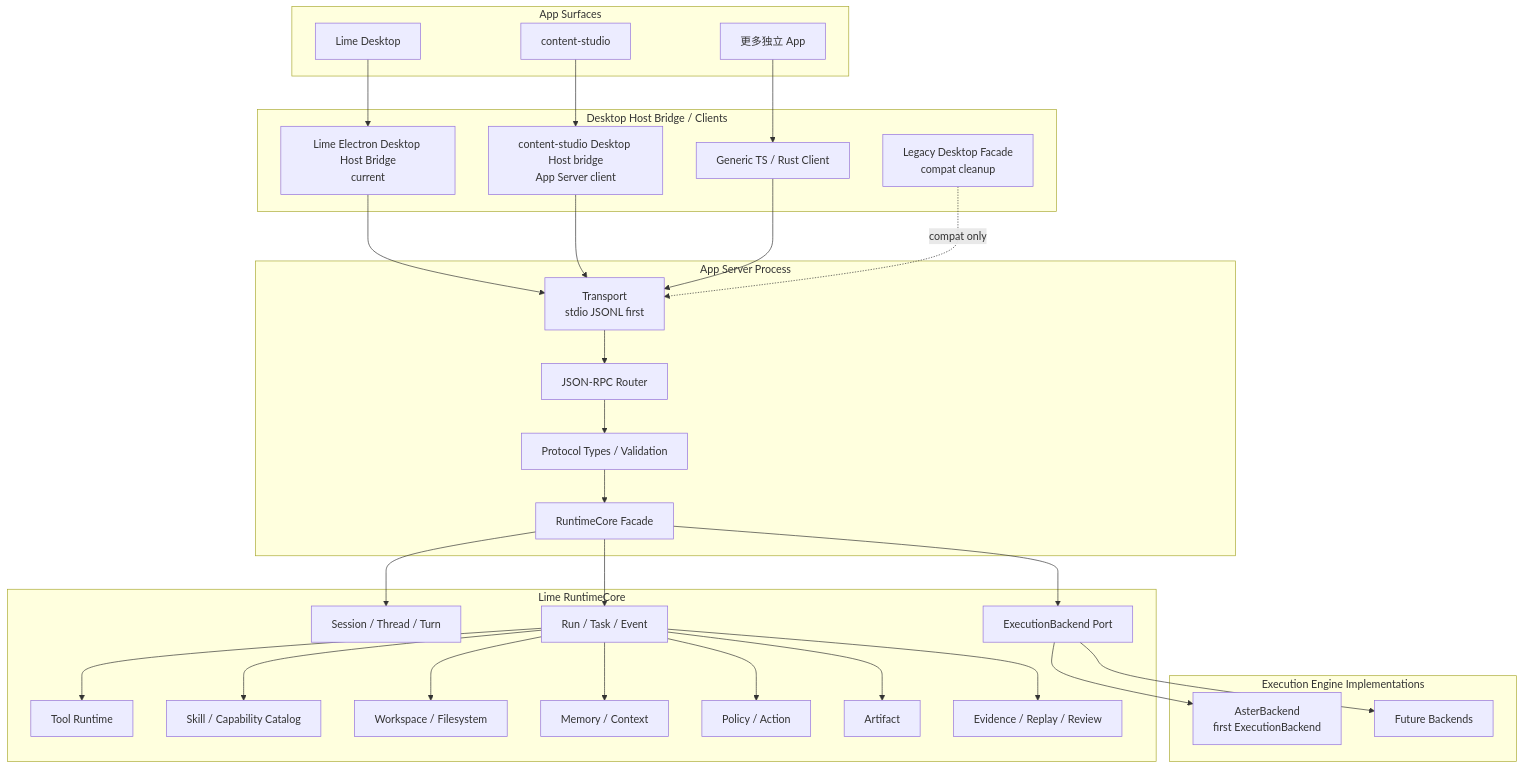
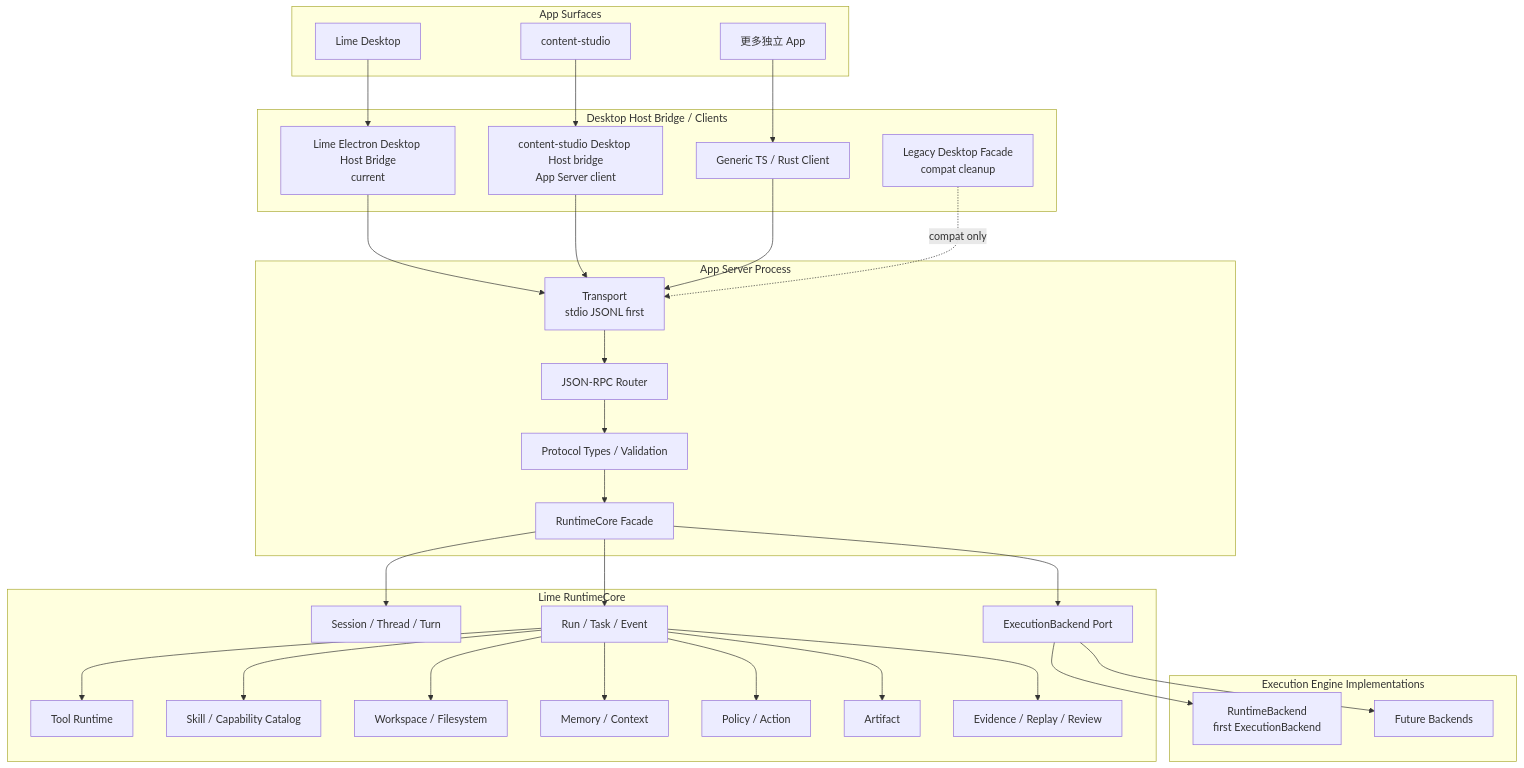
Before and after one commit to jiujuan/lime: the first of 2 diagrams in internal/roadmap/appserver/architecture.md, drawn with Mermaid. The commit also changed other lines of this file and 975 other files, not shown here.

````diff
--- a/internal/roadmap/appserver/architecture.md
+++ b/internal/roadmap/appserver/architecture.md
@@ -20,61 +20,61 @@
 ```mermaid
 flowchart TB
     subgraph Apps["App Surfaces"]
         Desktop["Lime Desktop"]
         ContentStudio["content-studio"]
         OtherApps["更多独立 App"]
     end
 
     subgraph HostBridge["Desktop Host Bridge / Clients"]
         LimeElectronBridge["Lime Electron Desktop Host Bridge<br/>current"]
         ContentStudioBridge["content-studio Desktop Host bridge<br/>App Server client"]
         LegacyFacade["Legacy Desktop Facade<br/>compat cleanup"]
         GenericClient["Generic TS / Rust Client"]
     end
 
     subgraph Server["App Server Process"]
         Transport["Transport<br/>stdio JSONL first"]
         Router["JSON-RPC Router"]
         Protocol["Protocol Types / Validation"]
         ServiceFacade["RuntimeCore Facade"]
     end
 
     subgraph Runtime["Lime RuntimeCore"]
         Session["Session / Thread / Turn"]
         Run["Run / Task / Event"]
         BackendPort["ExecutionBackend Port"]
         Tool["Tool Runtime"]
         Skill["Skill / Capability Catalog"]
         Workspace["Workspace / Filesystem"]
         Memory["Memory / Context"]
         Policy["Policy / Action"]
         Artifact["Artifact"]
         Evidence["Evidence / Replay / Review"]
     end
 
     subgraph Backends["Execution Engine Implementations"]
-        Aster["AsterBackend<br/>first ExecutionBackend"]
+        Agent["RuntimeBackend<br/>first ExecutionBackend"]
         Future["Future Backends"]
     end
 
     Desktop --> LimeElectronBridge
     ContentStudio --> ContentStudioBridge
     OtherApps --> GenericClient
     LimeElectronBridge --> Transport
     ContentStudioBridge --> Transport
     GenericClient --> Transport
     LegacyFacade -. "compat only" .-> Transport
     Transport --> Router --> Protocol --> ServiceFacade
     ServiceFacade --> Session
     ServiceFacade --> Run
     ServiceFacade --> BackendPort
-    BackendPort --> Aster
+    BackendPort --> Agent
     BackendPort --> Future
     Run --> Tool
     Run --> Skill
     Run --> Workspace
     Run --> Memory
     Run --> Policy
     Run --> Artifact
     Run --> Evidence
 ```
````
